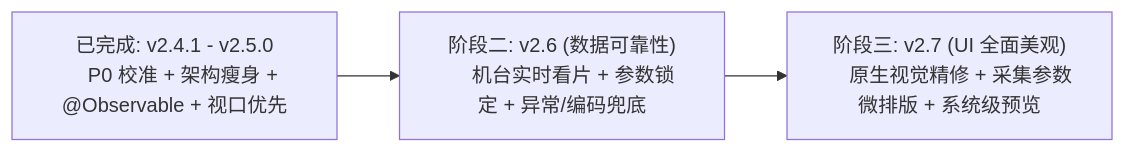
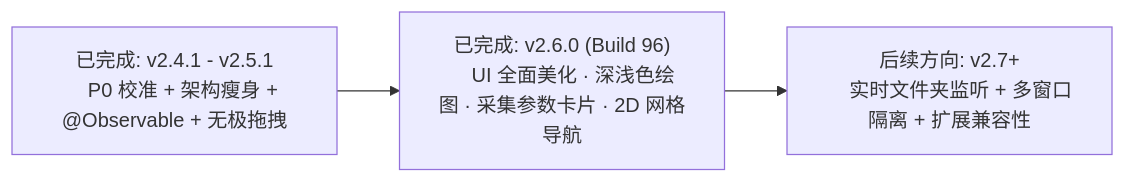
Before and after one commit to uuCicadas/SXMBrowser: the third of 3 diagrams in ROADMAP.md, drawn with Mermaid. The commit also changed other lines of this file and 31 other files, not shown here.

````diff
--- a/ROADMAP.md
+++ b/ROADMAP.md
@@ -150,8 +152,8 @@
 ```mermaid
 flowchart LR
-    Done["已完成: v2.4.1 - v2.5.0
-    P0 校准 + 架构瘦身 + @Observable + 视口优先"] --> Next2["阶段二: v2.6 (数据可靠性)
-    机台实时看片 + 参数锁定 + 异常/编码兜底"]
-    Next2 --> Next3["阶段三: v2.7 (UI 全面美观)
-    原生视觉精修 + 采集参数微排版 + 系统级预览"]
+    Done["已完成: v2.4.1 - v2.5.1
+    P0 校准 + 架构瘦身 + @Observable + 无极拖拽"] --> Done2["已完成: v2.6.0 (Build 96)
+    UI 全面美化 · 深浅色绘图 · 采集参数卡片 · 2D 网格导航"]
+    Done2 --> Next3["后续方向: v2.7+
+    实时文件夹监听 + 多窗口隔离 + 扩展兼容性"]
 ```
````
